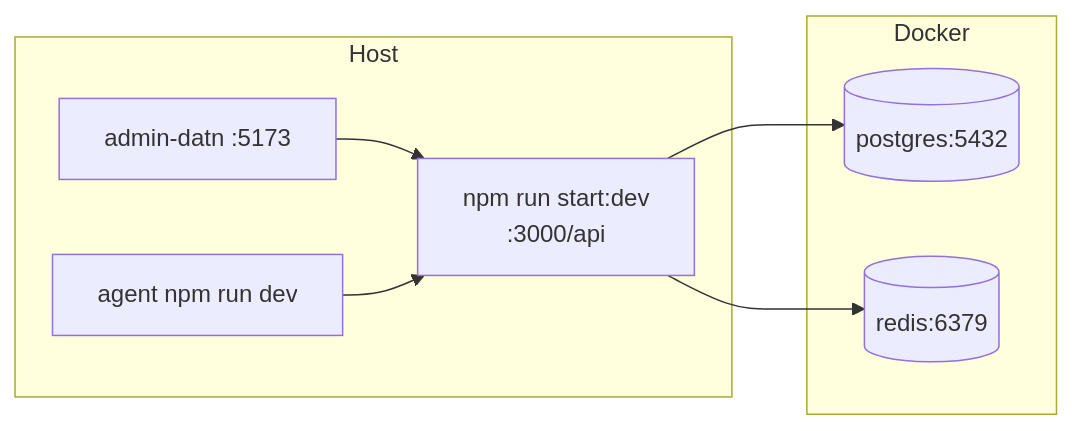
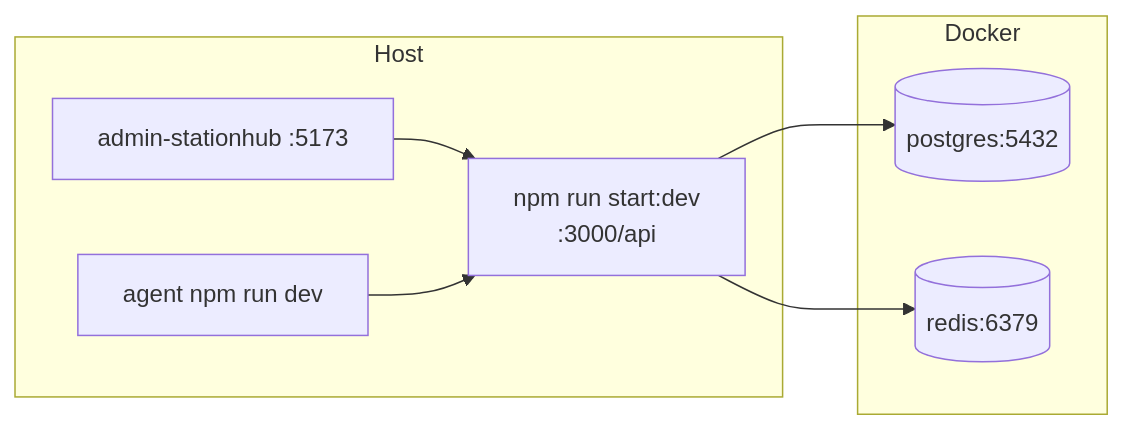
The third of 9 diagrams in docs/project-memory/architecture.md (Daviseraaa/tdoan_remote_datn), drawn with Mermaid before and after one commit. The commit also changed other lines of this file and 376 other files, not shown here.

````diff
--- a/docs/project-memory/architecture.md
+++ b/docs/project-memory/architecture.md
@@ -70,18 +70,18 @@
 ```mermaid
 flowchart LR
   subgraph Docker
     PG[(postgres:5432)]
     RD[(redis:6379)]
   end
 
   subgraph Host
     API["npm run start:dev<br/>:3000/api"]
-    UI["admin-datn :5173"]
+    UI["admin-stationhub :5173"]
     AG["agent npm run dev"]
   end
 
   UI --> API
   AG --> API
   API --> PG
   API --> RD
 ```
````
